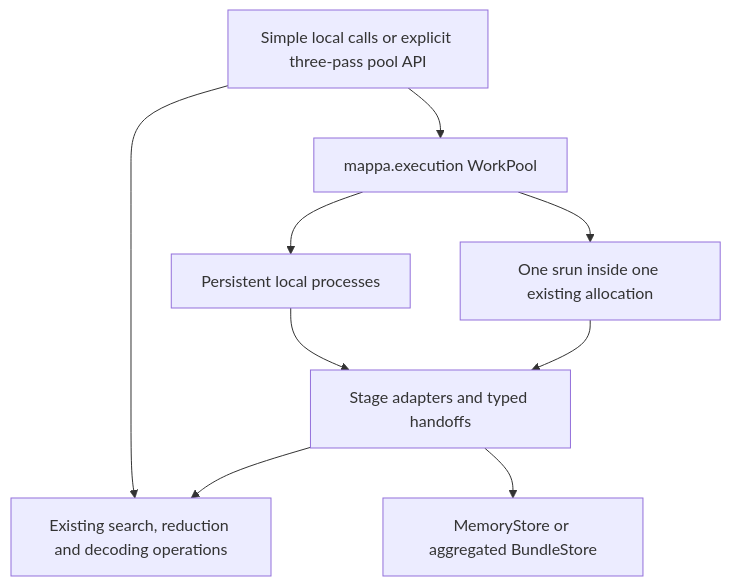
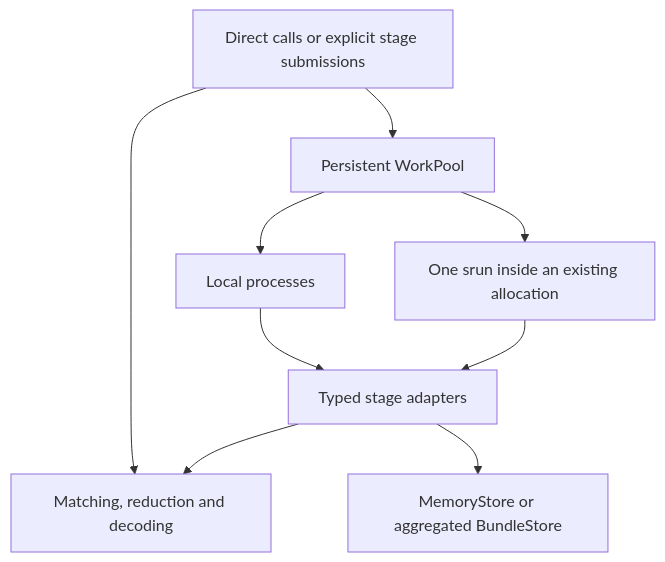
The fourth of 4 diagrams in design.md (yunhzou/MAPPA-AAM), drawn with Mermaid before and after one commit. The commit also changed other lines of this file and 63 other files, not shown here.

First line of the commit message:
Complete direct compressed fragment matching and remove legacy growth

````diff
--- a/design.md
+++ b/design.md
@@ -629,11 +260,11 @@
 ```mermaid
 flowchart TB
-    User[Simple local calls or explicit three-pass pool API] --> Core[Existing search, reduction and decoding operations]
-    User --> Pool[mappa.execution WorkPool]
-    Pool --> Local[Persistent local processes]
-    Pool --> Slurm[One srun inside one existing allocation]
-    Local --> Adapter[Stage adapters and typed handoffs]
+    User[Direct calls or explicit stage submissions] --> Core[Matching, reduction and decoding]
+    User --> Pool[Persistent WorkPool]
+    Pool --> Local[Local processes]
+    Pool --> Slurm[One srun inside an existing allocation]
+    Local --> Adapter[Typed stage adapters]
     Slurm --> Adapter
     Adapter --> Core
     Adapter --> Storage[MemoryStore or aggregated BundleStore]
 ```
````
